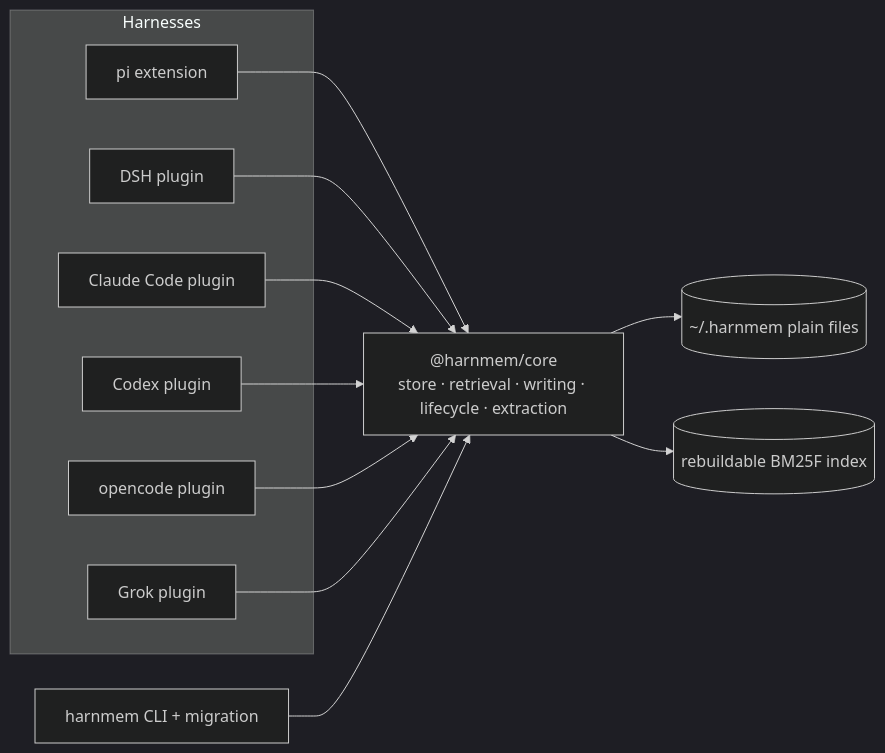
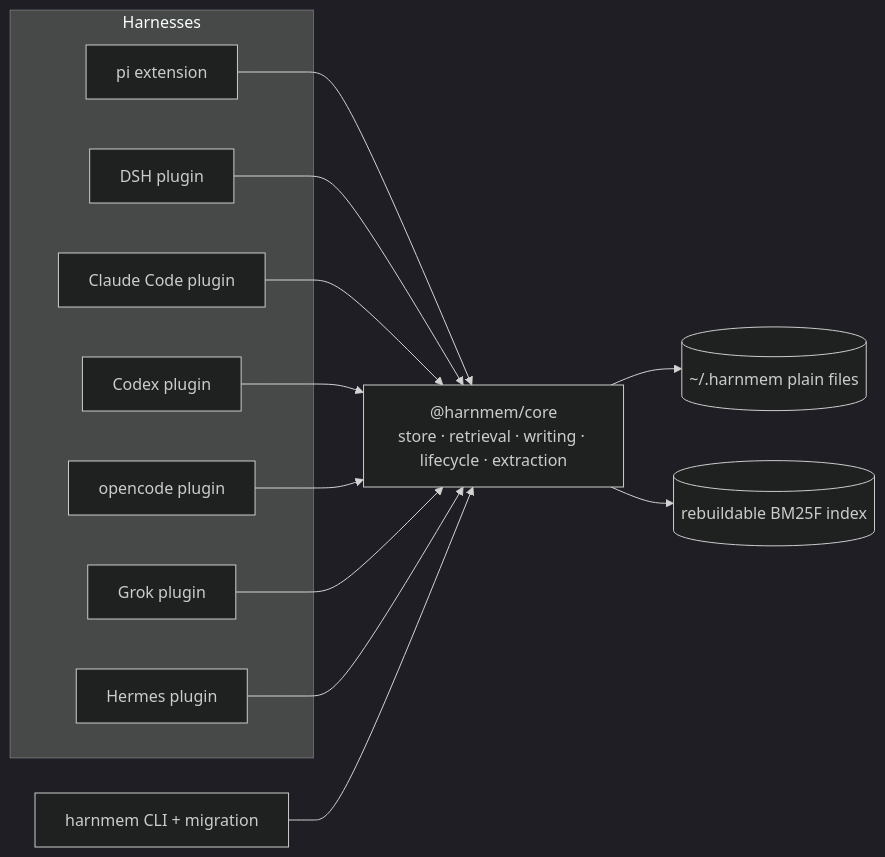
Before and after one commit to ys118/harnmem: the diagram in README.md, drawn with Mermaid (dark theme). The commit also changed other lines of this file and 104 other files, not shown here.

````diff
--- a/README.md
+++ b/README.md
@@ -267,22 +298,24 @@
 ```mermaid
 flowchart LR
   subgraph Harnesses
     PI[pi extension]
     DSH[DSH plugin]
     CC[Claude Code plugin]
     CX[Codex plugin]
     OP[opencode plugin]
     GK[Grok plugin]
+    HE[Hermes plugin]
   end
   CLI[harnmem CLI + migration]
   CORE["@harnmem/core<br/>store · retrieval · writing · lifecycle · extraction"]
   PI --> CORE
   DSH --> CORE
   CC --> CORE
   CX --> CORE
   OP --> CORE
   GK --> CORE
+  HE --> CORE
   CLI --> CORE
   CORE --> STD[(~/.harnmem plain files)]
   CORE --> IDX[(rebuildable BM25F index)]
 ```
````
